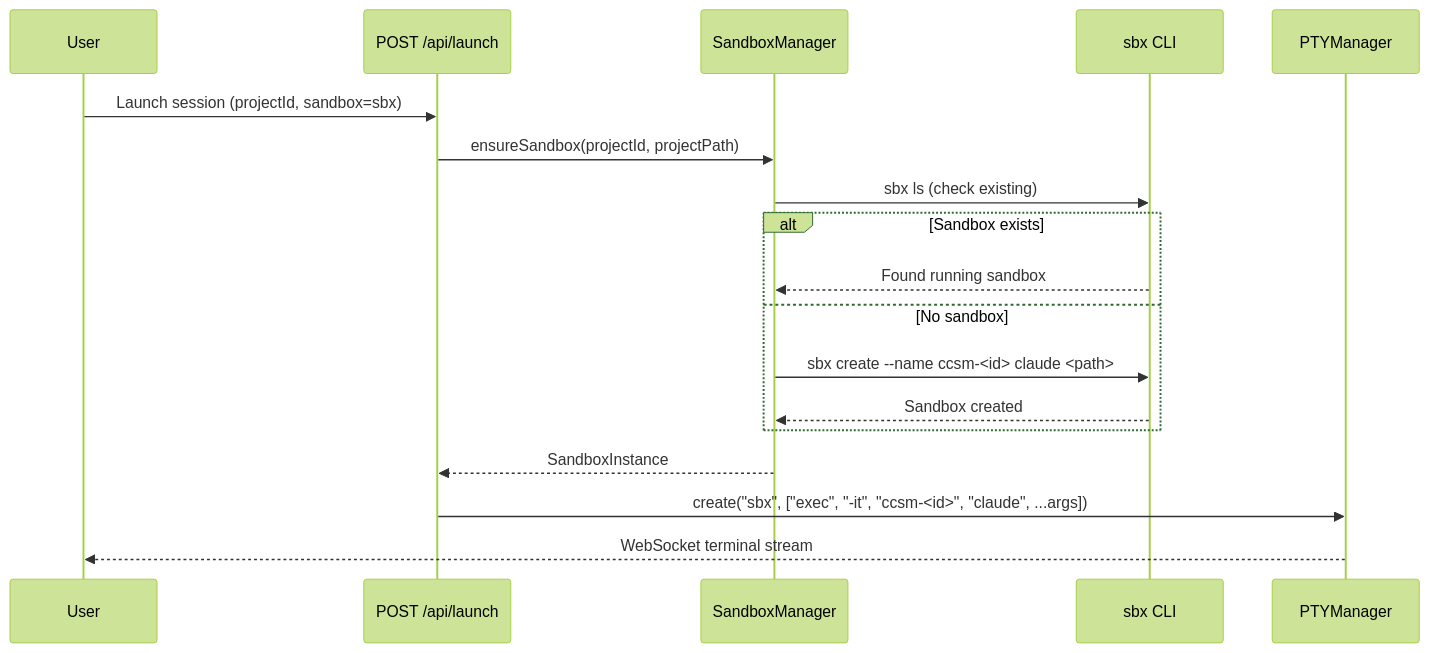
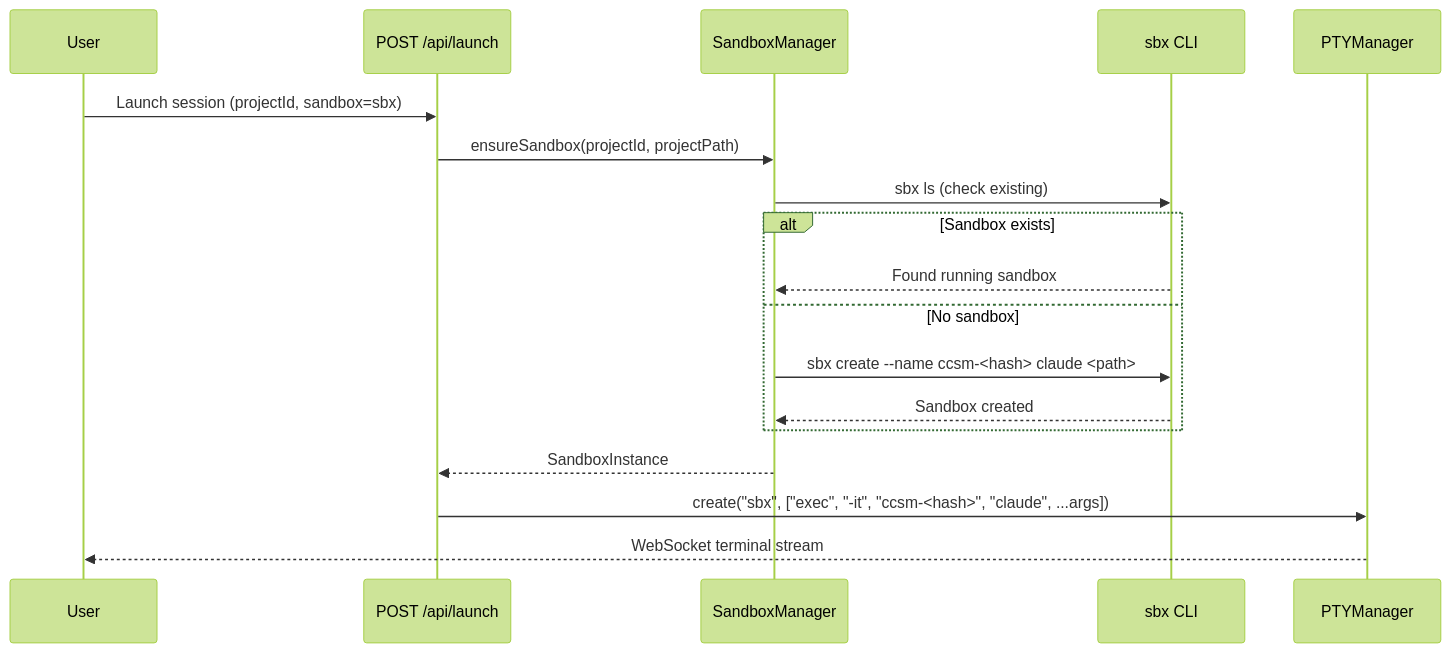
One commit to TETRA2000/cc-session-manager changed the second of 5 diagrams in .kiro/specs/sandbox/design.md. Above: the diagram before and after it, drawn with Mermaid (forest theme). The commit also changed other lines of this file and 1 other file, not shown here.

First line of the commit message:
Fix 3 design review issues: naming, streaming, sbx ls parsing

````diff
--- a/.kiro/specs/sandbox/design.md
+++ b/.kiro/specs/sandbox/design.md
@@ -119,21 +121,21 @@
 ```mermaid
 sequenceDiagram
     participant User
     participant LaunchRoute as POST /api/launch
     participant SandboxMgr as SandboxManager
     participant SbxCLI as sbx CLI
     participant PTYMgr as PTYManager
 
     User->>LaunchRoute: Launch session (projectId, sandbox=sbx)
     LaunchRoute->>SandboxMgr: ensureSandbox(projectId, projectPath)
     SandboxMgr->>SbxCLI: sbx ls (check existing)
     alt Sandbox exists
         SbxCLI-->>SandboxMgr: Found running sandbox
     else No sandbox
-        SandboxMgr->>SbxCLI: sbx create --name ccsm-<id> claude <path>
+        SandboxMgr->>SbxCLI: sbx create --name ccsm-<hash> claude <path>
         SbxCLI-->>SandboxMgr: Sandbox created
     end
     SandboxMgr-->>LaunchRoute: SandboxInstance
-    LaunchRoute->>PTYMgr: create("sbx", ["exec", "-it", "ccsm-<id>", "claude", ...args])
+    LaunchRoute->>PTYMgr: create("sbx", ["exec", "-it", "ccsm-<hash>", "claude", ...args])
     PTYMgr-->>User: WebSocket terminal stream
 ```
````
